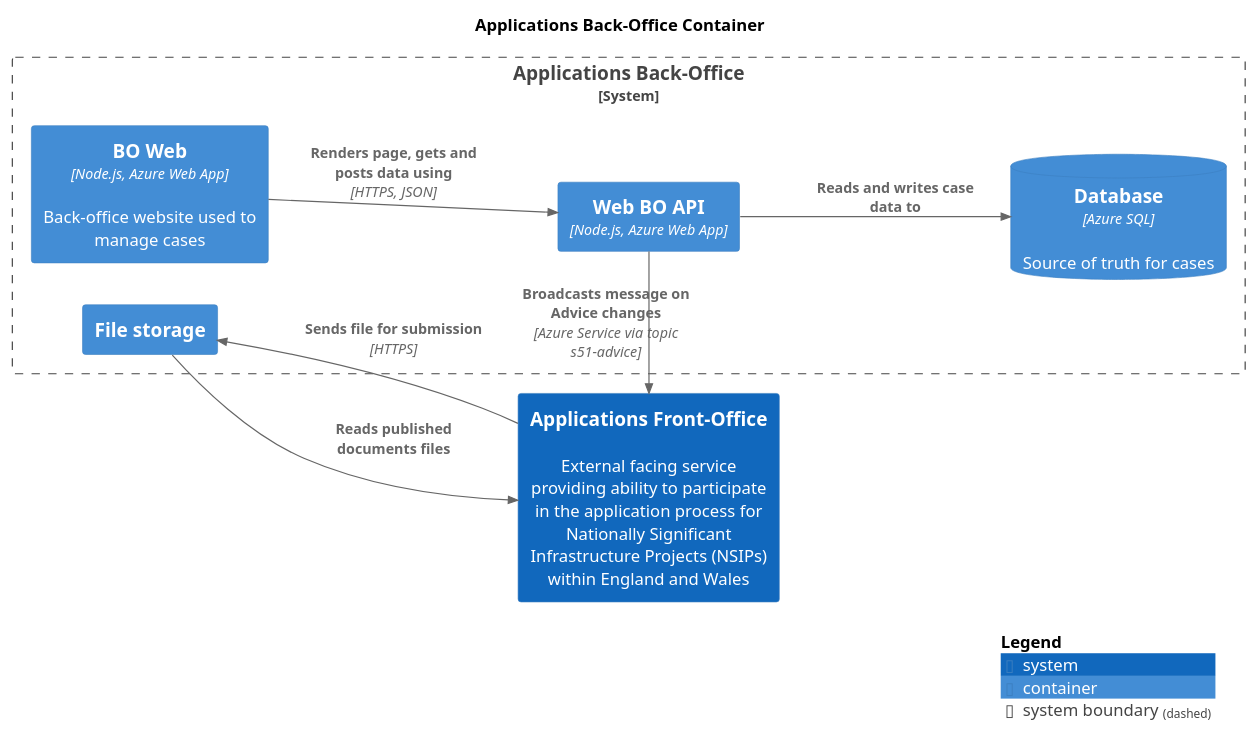
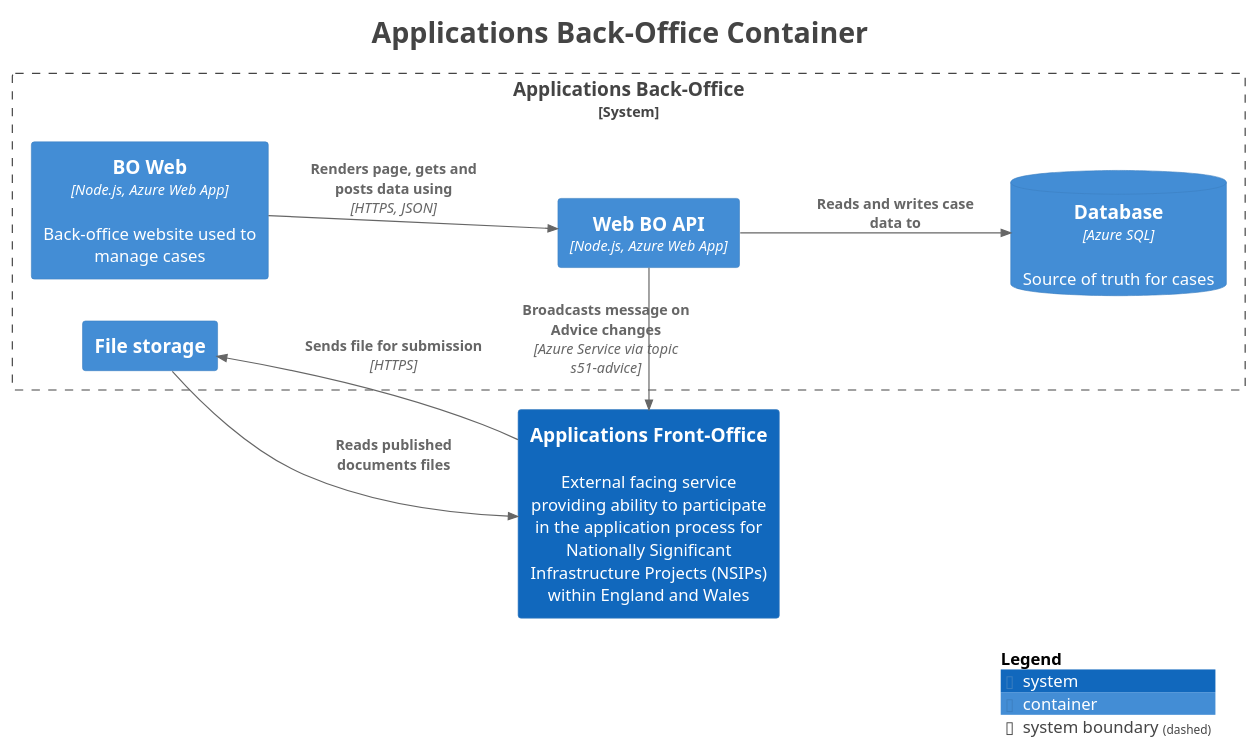
One commit to Planning-Inspectorate/applications-service changed the diagram in master/puml/ApplicationsBOContainer.puml. Above: the diagram before and after it, drawn with PlantUML. The commit also changed 64 other files, not shown here.

```diff
--- a/master/puml/ApplicationsBOContainer.puml
+++ b/master/puml/ApplicationsBOContainer.puml
@@ -1,27 +1,35 @@
 @startuml
+title <size:24>Applications Back-Office Container</size>
+
 set separator none
-title Applications Back-Office Container
+left to right direction
 
-left to right direction
+<style>
+  root {
+    BackgroundColor: #ffffff
+    FontColor: #444444
+  }
+</style>
 
 !include <C4/C4>
 !include <C4/C4_Context>
 !include <C4/C4_Container>
 
 System(ApplicationsFrontOffice, "Applications Front-Office", $descr="External facing service providing ability to participate in the application process for Nationally Significant Infrastructure Projects (NSIPs) within England and Wales", $tags="", $link="")
 
 System_Boundary("ApplicationsBackOffice_boundary", "Applications Back-Office", $tags="") {
   Container(ApplicationsBackOffice.Filestorage, "File storage", $techn="", $descr="", $tags="", $link="")
   Container(ApplicationsBackOffice.BOWeb, "BO Web", $techn="Node.js, Azure Web App", $descr="Back-office website used to manage cases", $tags="", $link="")
   Container(ApplicationsBackOffice.WebBOAPI, "Web BO API", $techn="Node.js, Azure Web App", $descr="", $tags="", $link="")
   ContainerDb(ApplicationsBackOffice.Database, "Database", $techn="Azure SQL", $descr="Source of truth for cases", $tags="", $link="")
 }
 
 Rel(ApplicationsFrontOffice, ApplicationsBackOffice.Filestorage, "Sends file for submission", $techn="HTTPS", $tags="", $link="")
 Rel(ApplicationsBackOffice.Filestorage, ApplicationsFrontOffice, "Reads published documents files", $techn="", $tags="", $link="")
 Rel(ApplicationsBackOffice.BOWeb, ApplicationsBackOffice.WebBOAPI, "Renders page, gets and posts data using", $techn="HTTPS, JSON", $tags="", $link="")
 Rel(ApplicationsBackOffice.WebBOAPI, ApplicationsBackOffice.Database, "Reads and writes case data to", $techn="", $tags="", $link="")
 Rel(ApplicationsBackOffice.WebBOAPI, ApplicationsFrontOffice, "Broadcasts message on Advice changes", $techn="Azure Service via topic s51-advice", $tags="", $link="")
 
 SHOW_LEGEND(true)
+hide stereotypes
 @enduml
```
